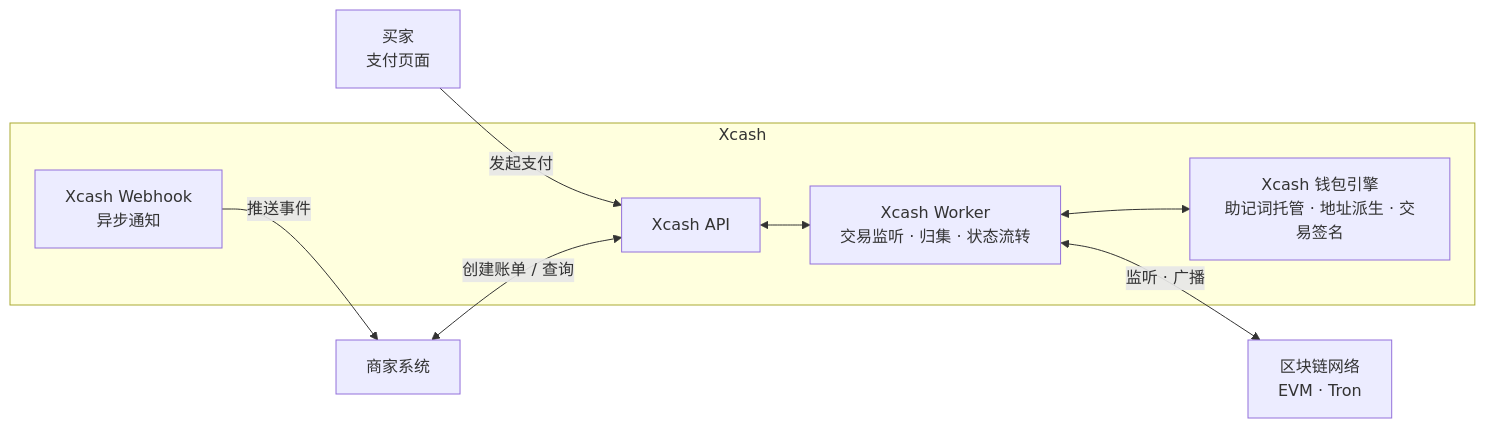
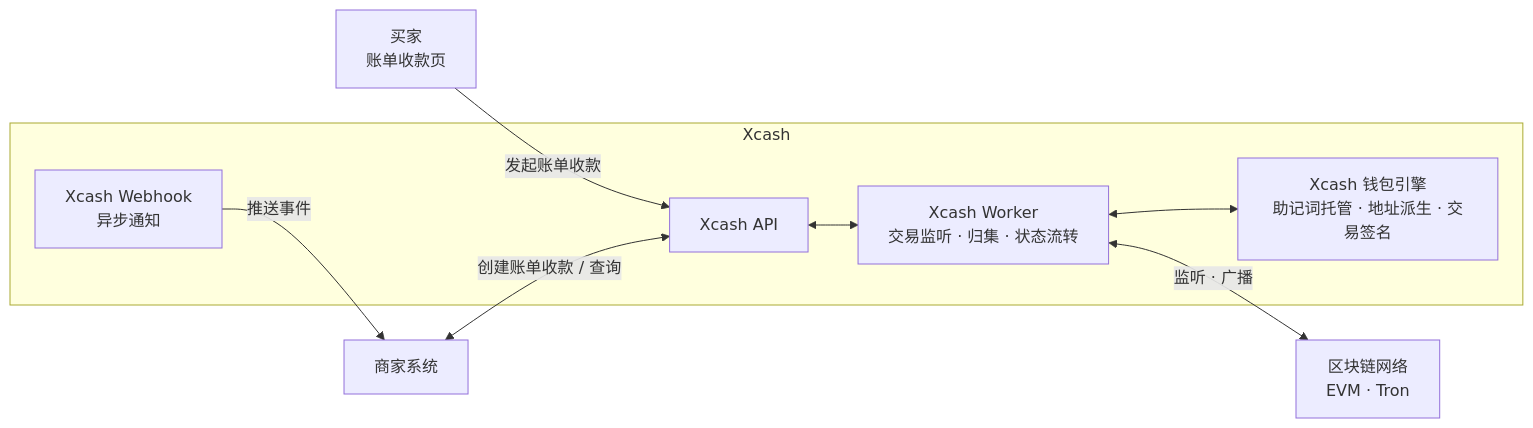
One commit to haibinml/xcash changed the second of 2 diagrams in README.md. Above: the diagram before and after it, drawn with Mermaid. The commit also changed other lines of this file and 20 other files, not shown here.

````diff
--- a/README.md
+++ b/README.md
@@ -122,21 +122,21 @@
 ```mermaid
 graph LR
-    Buyer["买家<br/>支付页面"]
+    Buyer["买家<br/>账单收款页"]
     Merchant["商家系统"]
 
     subgraph Xcash
         API["Xcash API"]
         Worker["Xcash Worker<br/>交易监听 · 归集 · 状态流转"]
         Wallet["Xcash 钱包引擎<br/>助记词托管 · 地址派生 · 交易签名"]
         Webhook["Xcash Webhook<br/>异步通知"]
     end
 
     Blockchain["区块链网络<br/>EVM · Tron"]
 
-    Buyer -->|发起支付| API
-    Merchant <-->|创建账单 / 查询| API
+    Buyer -->|发起账单收款| API
+    Merchant <-->|创建账单收款 / 查询| API
     API <--> Worker
     Worker <--> Wallet
     Worker <-->|监听 · 广播| Blockchain
     Webhook -->|推送事件| Merchant
 ```
````
